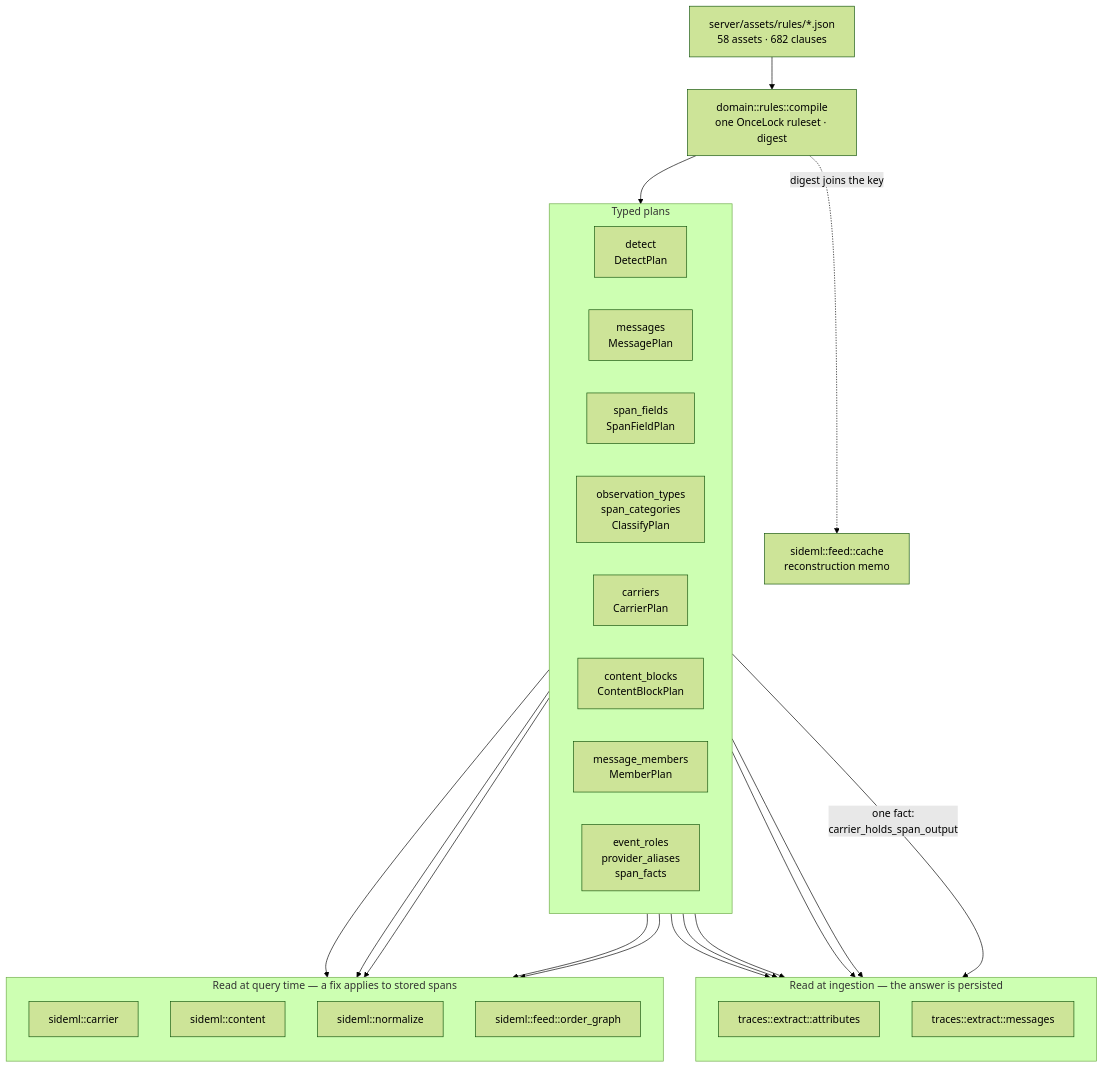
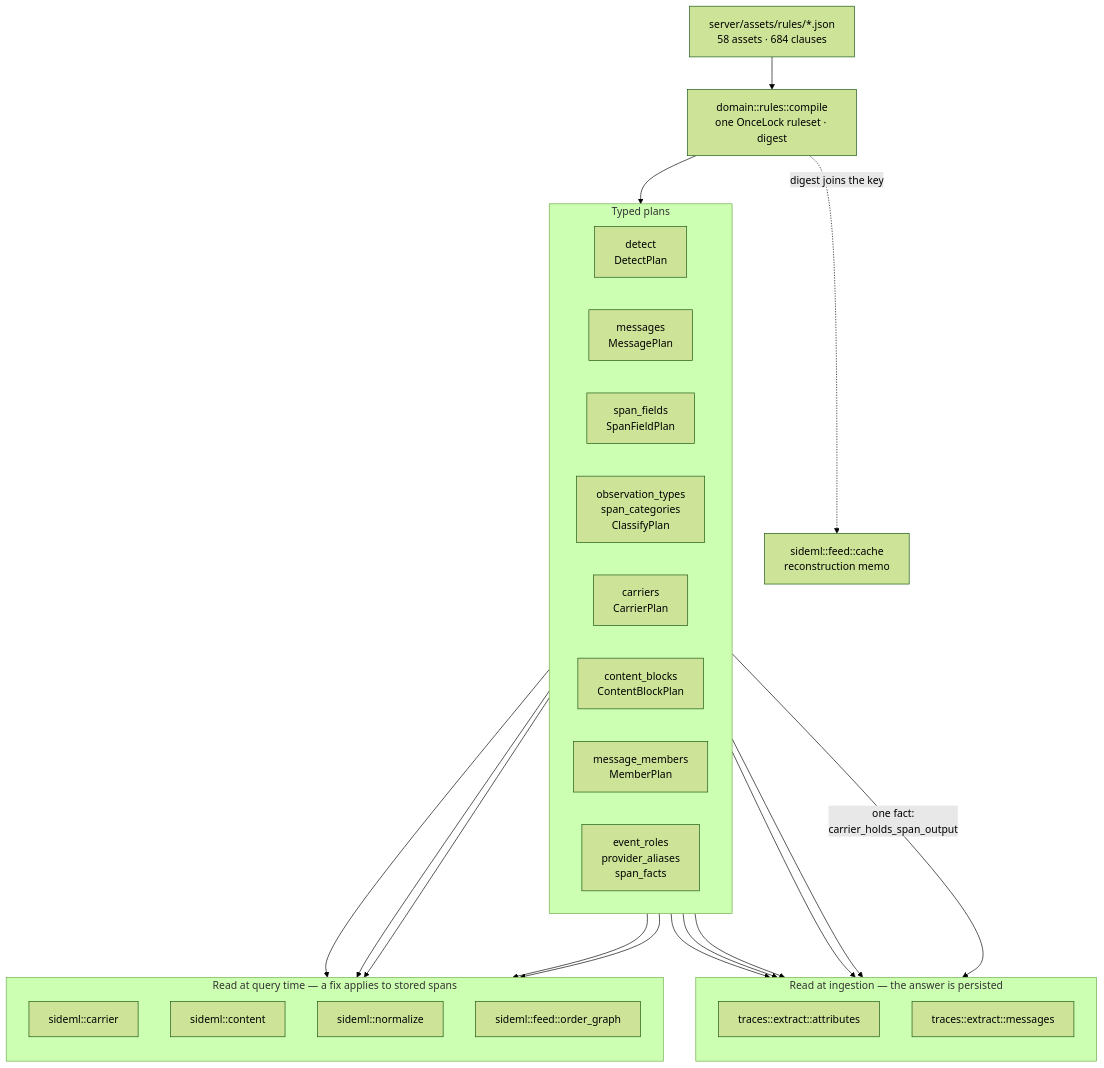
Before and after one commit to sideseat/sideseat: the first of 7 diagrams in docs/engineering/architecture-diagrams.md, drawn with Mermaid (forest theme). The commit also changed 80 other files, not shown here.

````diff
--- a/docs/engineering/architecture-diagrams.md
+++ b/docs/engineering/architecture-diagrams.md
@@ -18,47 +18,47 @@
 ```mermaid
 flowchart TB
-    assets["server/assets/rules/*.json<br/>58 assets · 682 clauses"]
+    assets["server/assets/rules/*.json<br/>58 assets · 684 clauses"]
     compile["domain::rules::compile<br/>one OnceLock ruleset · digest"]
     assets --> compile
 
     subgraph plans["Typed plans"]
         direction LR
         detect["detect<br/>DetectPlan"]
         messages["messages<br/>MessagePlan"]
         fields["span_fields<br/>SpanFieldPlan"]
         classify["observation_types<br/>span_categories<br/>ClassifyPlan"]
         carriers["carriers<br/>CarrierPlan"]
         blocks["content_blocks<br/>ContentBlockPlan"]
         members["message_members<br/>MemberPlan"]
         roles["event_roles<br/>provider_aliases<br/>span_facts"]
     end
     compile --> plans
 
     subgraph ingest["Read at ingestion — the answer is persisted"]
         direction TB
         attrs["traces::extract::attributes"]
         msgs["traces::extract::messages"]
     end
 
     subgraph query["Read at query time — a fix applies to stored spans"]
         direction TB
         carrier["sideml::carrier"]
         content["sideml::content"]
         normalize["sideml::normalize"]
         order["sideml::feed::order_graph"]
     end
 
     detect --> attrs
     fields --> attrs
     classify --> attrs
     roles --> attrs
     messages --> msgs
     carriers -->|"one fact:<br/>carrier_holds_span_output"| msgs
     carriers --> carrier
     carriers --> order
     blocks --> content
     members --> content
     roles --> normalize
 
     compile -. "digest joins the key" .-> cache["sideml::feed::cache<br/>reconstruction memo"]
 ```
````
